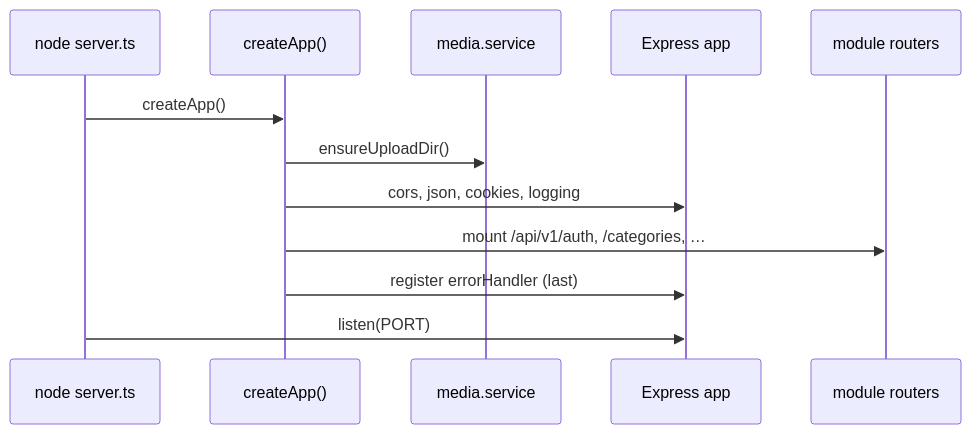
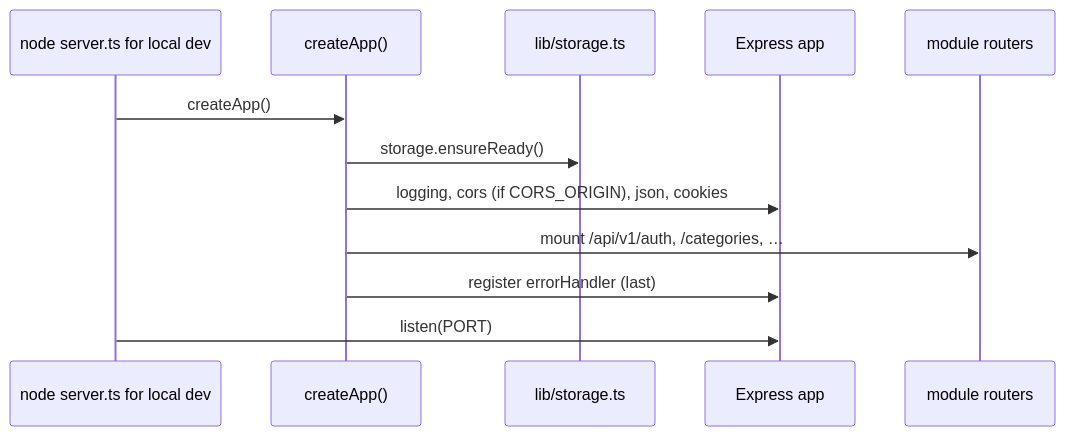
One commit to roman-ua89/remindme changed the second of 14 diagrams in backend/docs/ARCHITECTURE.md. Above: the diagram before and after it, drawn with Mermaid. The commit also changed other lines of this file and 13 other files, not shown here.

````diff
--- a/backend/docs/ARCHITECTURE.md
+++ b/backend/docs/ARCHITECTURE.md
@@ -67,15 +67,15 @@
 ```mermaid
 sequenceDiagram
-    participant Node as node server.ts
+    participant Node as node server.ts for local dev
     participant App as createApp()
-    participant Media as media.service
+    participant Storage as lib/storage.ts
     participant Express as Express app
     participant Routes as module routers
 
     Node->>App: createApp()
-    App->>Media: ensureUploadDir()
-    App->>Express: cors, json, cookies, logging
+    App->>Storage: storage.ensureReady()
+    App->>Express: logging, cors (if CORS_ORIGIN), json, cookies
     App->>Routes: mount /api/v1/auth, /categories, …
     App->>Express: register errorHandler (last)
     Node->>Express: listen(PORT)
 ```
````
